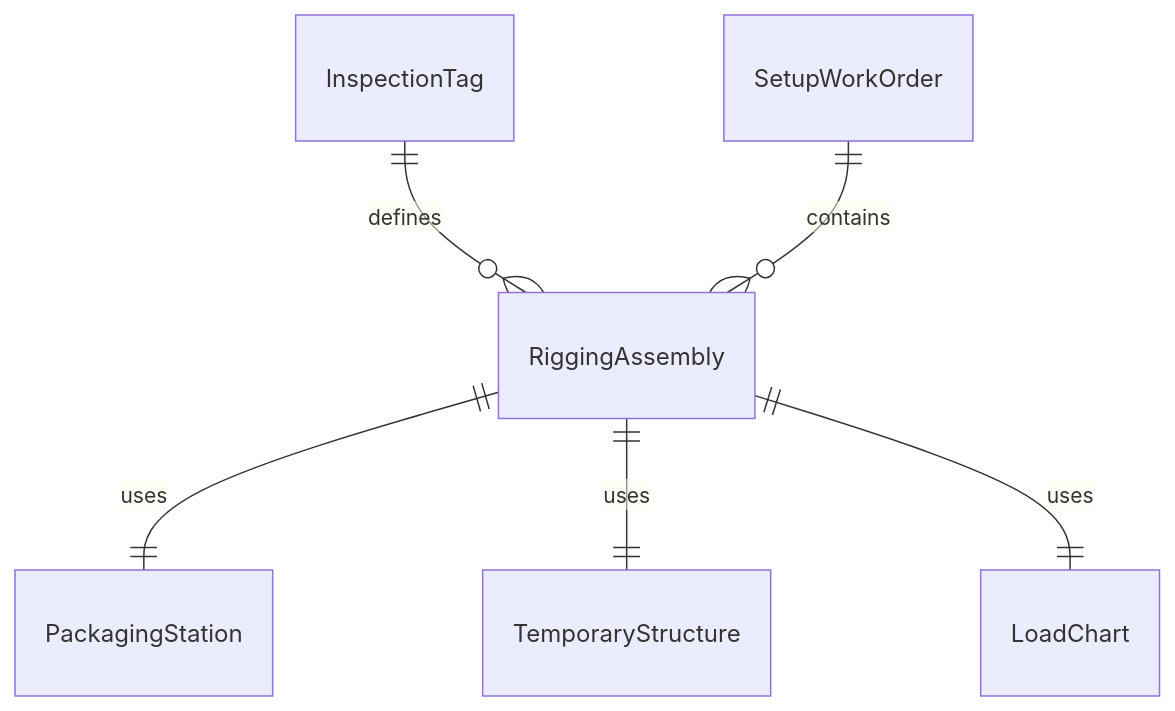
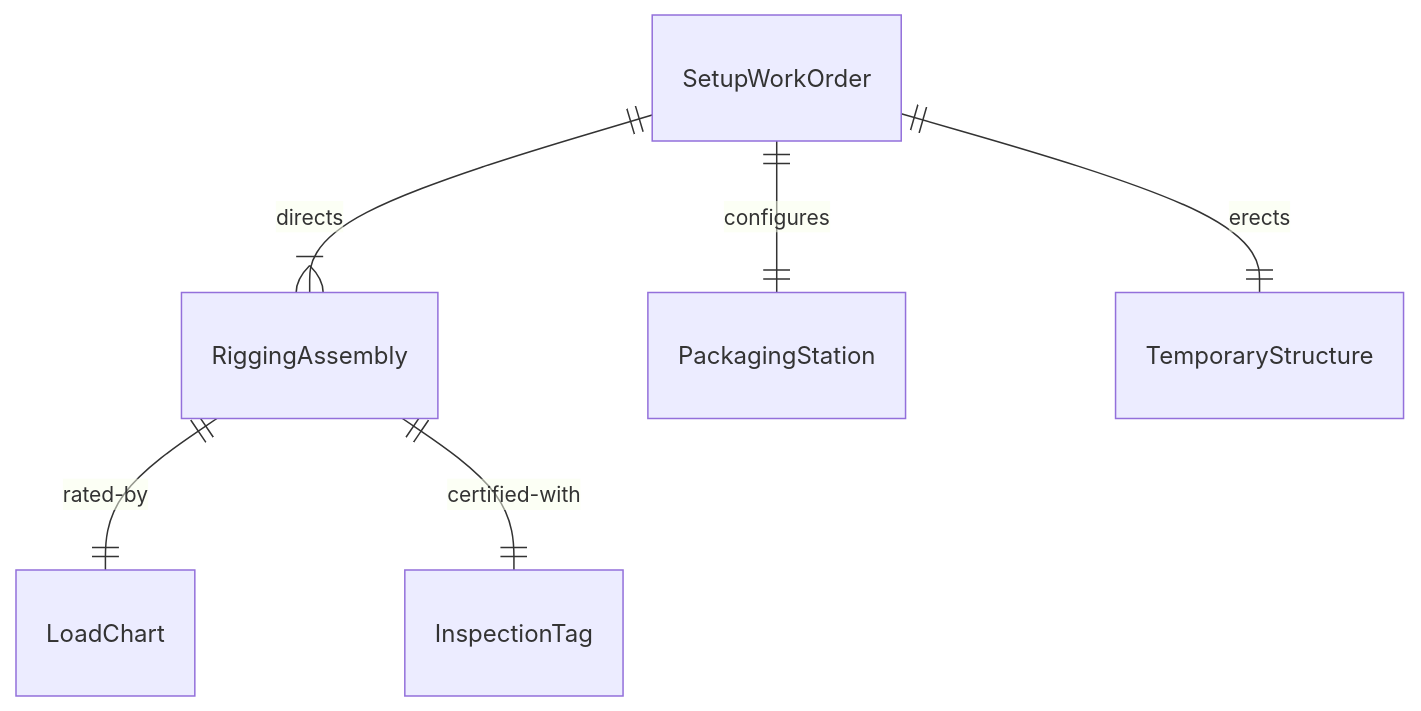
The first of 4 diagrams in HandlingAndMovingObjects/SetUpEquipment/SetUpMaterialHandlingGear.mdx (dot-org-ai/tasks.org.ai), drawn with Mermaid before and after one commit. The commit also changed other lines of this file and 515 other files, not shown here.

````diff
--- a/HandlingAndMovingObjects/SetUpEquipment/SetUpMaterialHandlingGear.mdx
+++ b/HandlingAndMovingObjects/SetUpEquipment/SetUpMaterialHandlingGear.mdx
@@ -87,8 +87,8 @@
 ```mermaid
 erDiagram
-    RiggingAssembly ||--|| PackagingStation : "uses"
-    RiggingAssembly ||--|| TemporaryStructure : "uses"
-    RiggingAssembly ||--|| LoadChart : "uses"
-    InspectionTag ||--o{ RiggingAssembly : "defines"
-    SetupWorkOrder ||--o{ RiggingAssembly : "contains"
+    SetupWorkOrder ||--|{ RiggingAssembly : "directs"
+    RiggingAssembly ||--|| LoadChart : "rated-by"
+    RiggingAssembly ||--|| InspectionTag : "certified-with"
+    SetupWorkOrder ||--|| PackagingStation : "configures"
+    SetupWorkOrder ||--|| TemporaryStructure : "erects"
 ```
````
